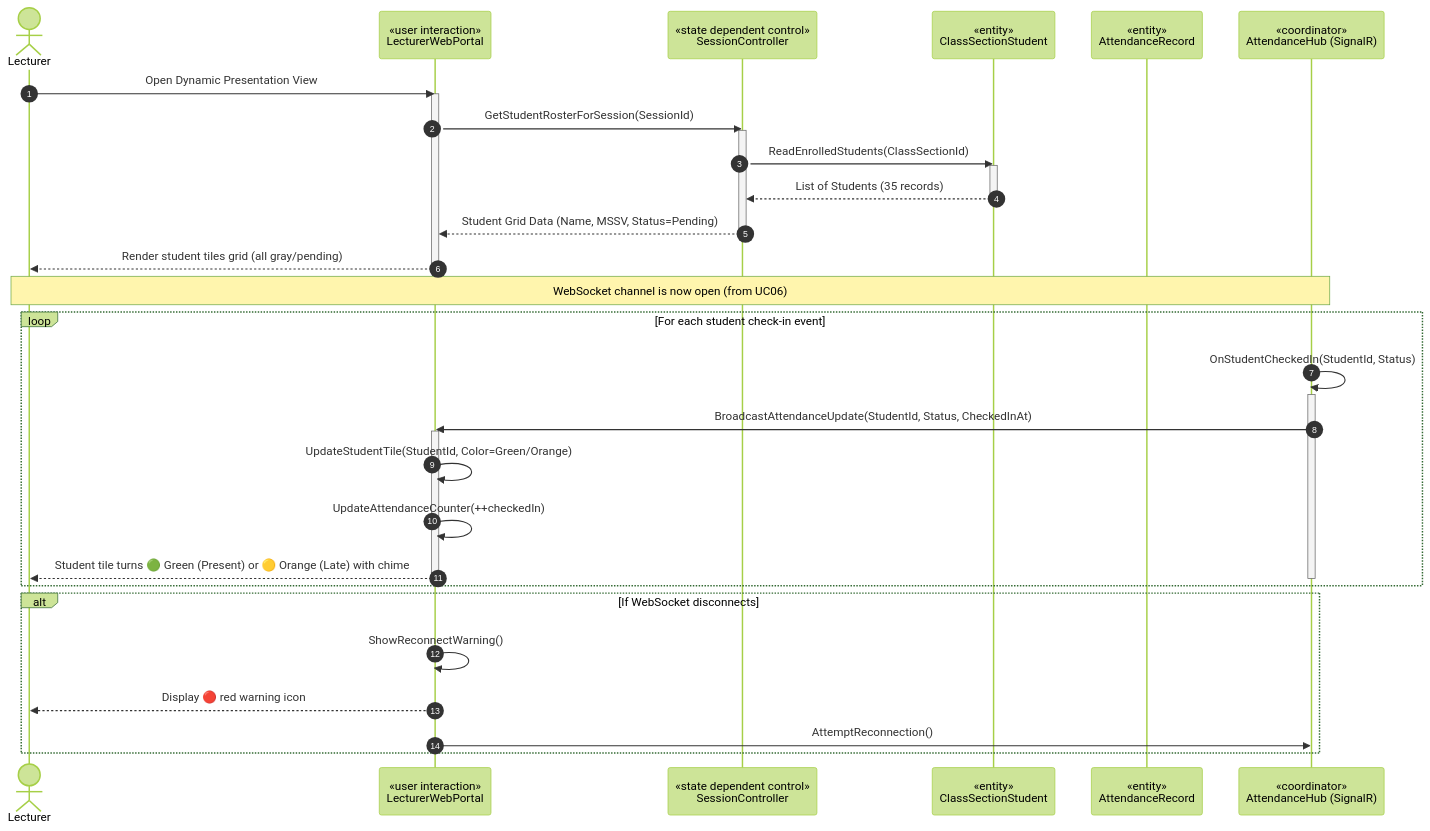
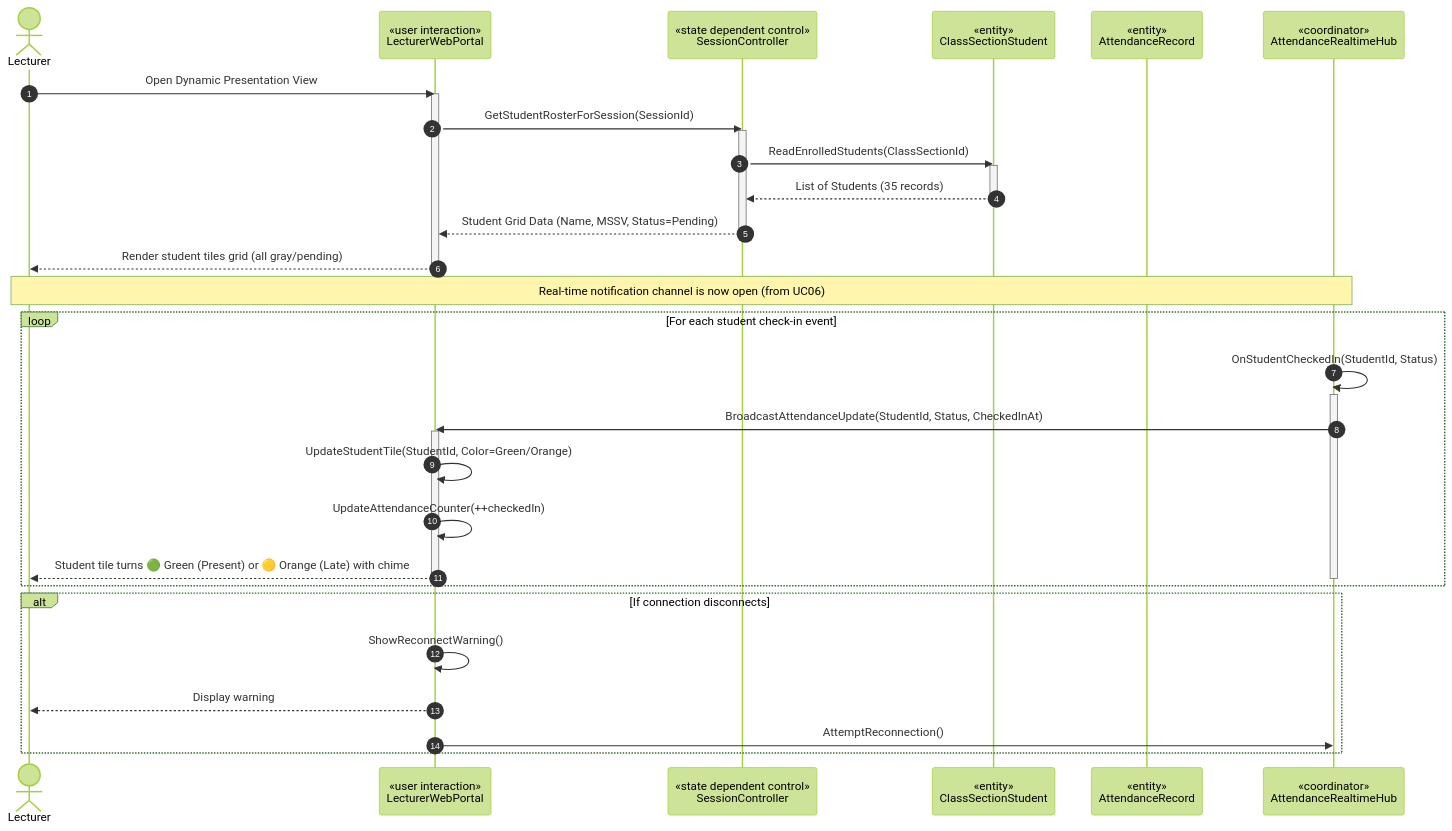
Diagram 15 of 27 in AFAS_RDS_Document_Part1B_Analysis_models.md (nttung42/SWD392), drawn with Mermaid (forest theme) before and after one commit. The commit also changed other lines of this file and 3 other files, not shown here.

````diff
--- a/AFAS_RDS_Document_Part1B_Analysis_models.md
+++ b/AFAS_RDS_Document_Part1B_Analysis_models.md
@@ -923,43 +920,43 @@
 ```mermaid
 sequenceDiagram
     autonumber
     actor GV as Lecturer
     participant LWP as «user interaction»<br>LecturerWebPortal
     participant SC as «state dependent control»<br>SessionController
     participant CS as «entity»<br>ClassSectionStudent
     participant AR as «entity»<br>AttendanceRecord
-    participant WSH as «coordinator»<br>AttendanceHub (SignalR)
+    participant WSH as «coordinator»<br>AttendanceRealtimeHub
 
     GV->>LWP: Open Dynamic Presentation View
     activate LWP
     LWP->>SC: GetStudentRosterForSession(SessionId)
     activate SC
     SC->>CS: ReadEnrolledStudents(ClassSectionId)
     activate CS
     CS-->>SC: List of Students (35 records)
     deactivate CS
     SC-->>LWP: Student Grid Data (Name, MSSV, Status=Pending)
     deactivate SC
     LWP-->>GV: Render student tiles grid (all gray/pending)
     deactivate LWP
 
-    Note over GV, WSH: WebSocket channel is now open (from UC06)
+    Note over GV, WSH: Real-time notification channel is now open (from UC06)
 
     loop For each student check-in event
         WSH->>WSH: OnStudentCheckedIn(StudentId, Status)
         activate WSH
         WSH->>LWP: BroadcastAttendanceUpdate(StudentId, Status, CheckedInAt)
         activate LWP
         LWP->>LWP: UpdateStudentTile(StudentId, Color=Green/Orange)
         LWP->>LWP: UpdateAttendanceCounter(++checkedIn)
         LWP-->>GV: Student tile turns 🟢 Green (Present) or 🟡 Orange (Late) with chime
         deactivate LWP
         deactivate WSH
     end
 
-    alt If WebSocket disconnects
+    alt If connection disconnects
         LWP->>LWP: ShowReconnectWarning()
-        LWP-->>GV: Display 🔴 red warning icon
+        LWP-->>GV: Display warning
         LWP->>WSH: AttemptReconnection()
     end
 ```
````
